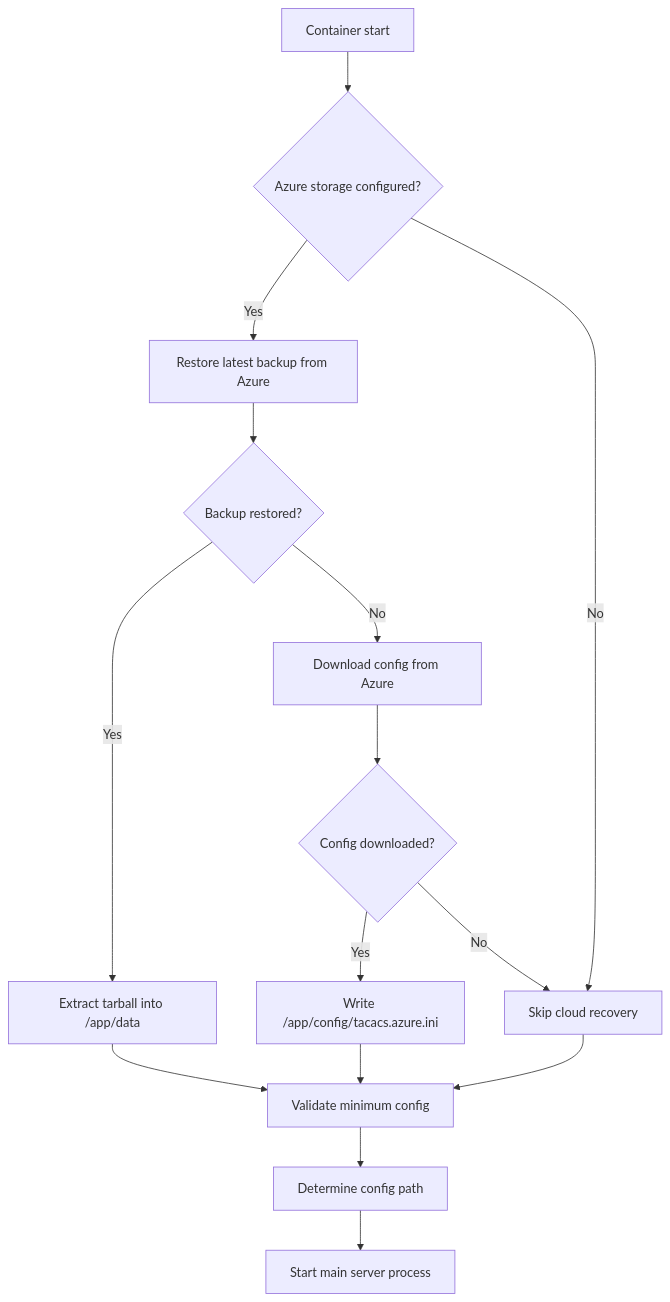
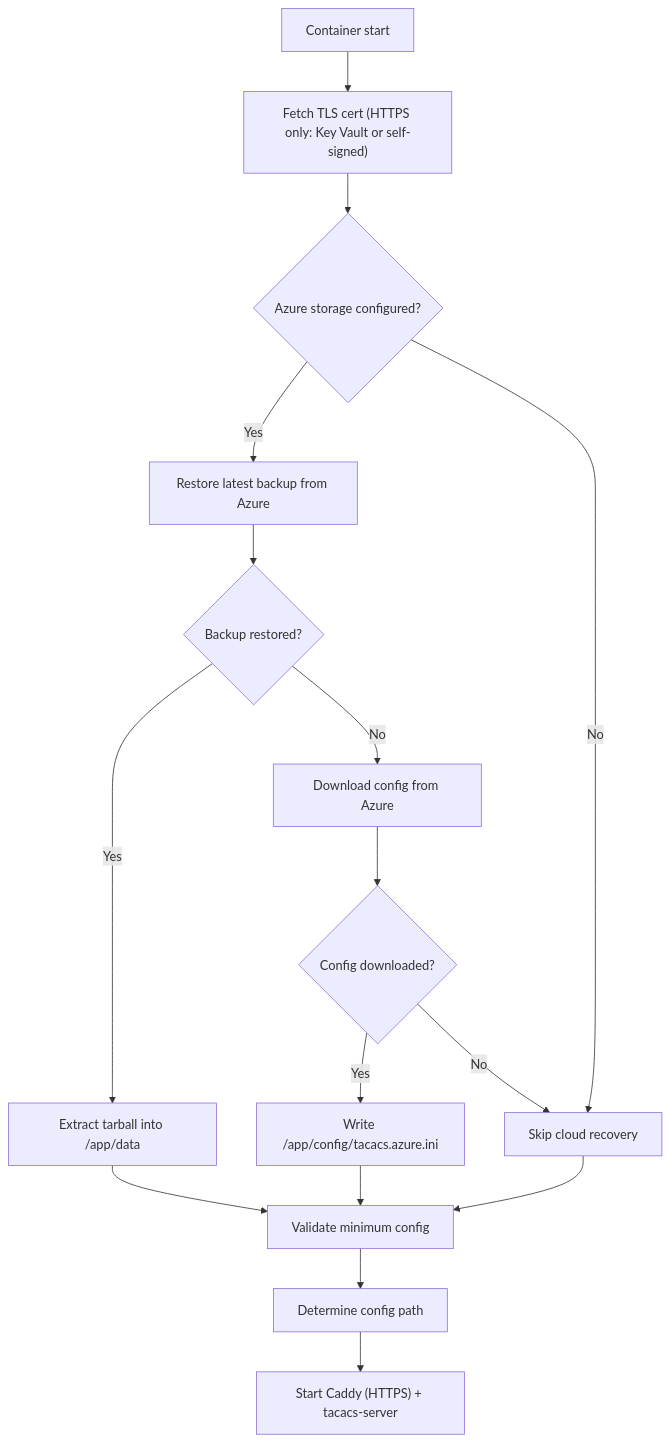
The diagram in docs/CONTAINER_STARTUP.md (SaschaSchwarzK/tacacs_server), drawn with Mermaid before and after one commit. The commit also changed other lines of this file and 3 other files, not shown here.

````diff
--- a/docs/CONTAINER_STARTUP.md
+++ b/docs/CONTAINER_STARTUP.md
@@ -9,21 +9,22 @@
 ```mermaid
 flowchart TD
-    A[Container start] --> B{Azure storage configured?}
-    B -->|Yes| C[Restore latest backup from Azure]
-    B -->|No| H[Skip cloud recovery]
+    A[Container start] --> B["Fetch TLS cert (HTTPS only: Key Vault or self-signed)"]
+    B --> C{Azure storage configured?}
+    C -->|Yes| D[Restore latest backup from Azure]
+    C -->|No| I[Skip cloud recovery]
 
-    C --> D{Backup restored?}
-    D -->|Yes| E[Extract tarball into /app/data]
-    D -->|No| F[Download config from Azure]
+    D --> E{Backup restored?}
+    E -->|Yes| F[Extract tarball into /app/data]
+    E -->|No| G[Download config from Azure]
 
-    F --> G{Config downloaded?}
-    G -->|Yes| I[Write /app/config/tacacs.azure.ini]
-    G -->|No| H
+    G --> H{Config downloaded?}
+    H -->|Yes| J[Write /app/config/tacacs.azure.ini]
+    H -->|No| I
 
-    E --> J[Validate minimum config]
-    I --> J
-    H --> J
+    F --> K[Validate minimum config]
+    J --> K
+    I --> K
 
-    J --> K[Determine config path]
-    K --> L[Start main server process]
+    K --> L[Determine config path]
+    L --> M["Start Caddy (HTTPS) + tacacs-server"]
 ```
````
